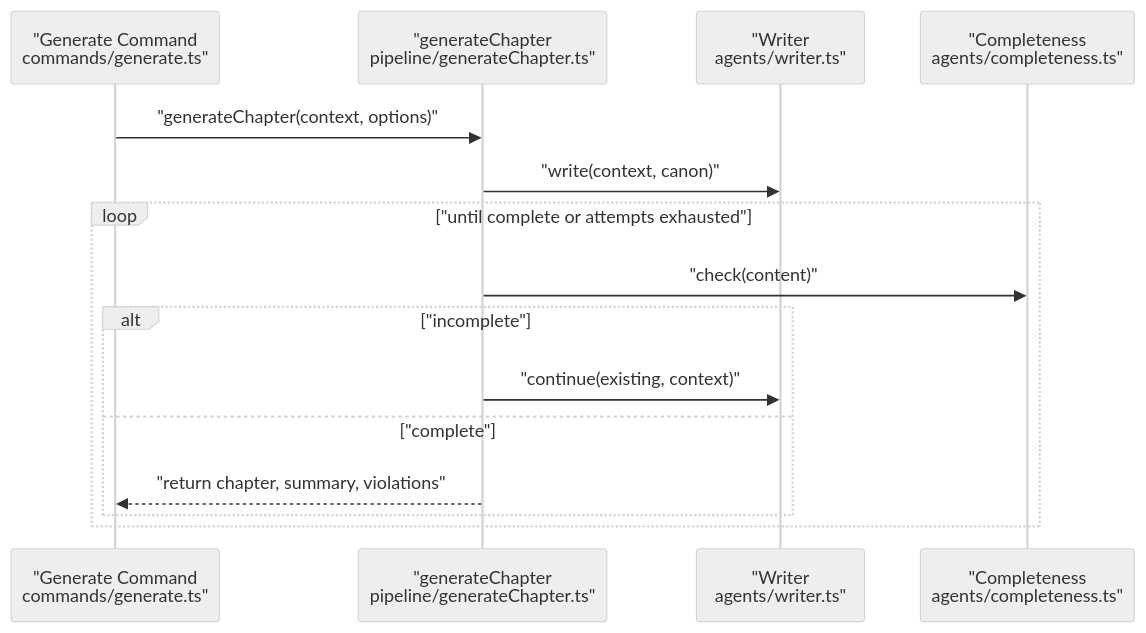
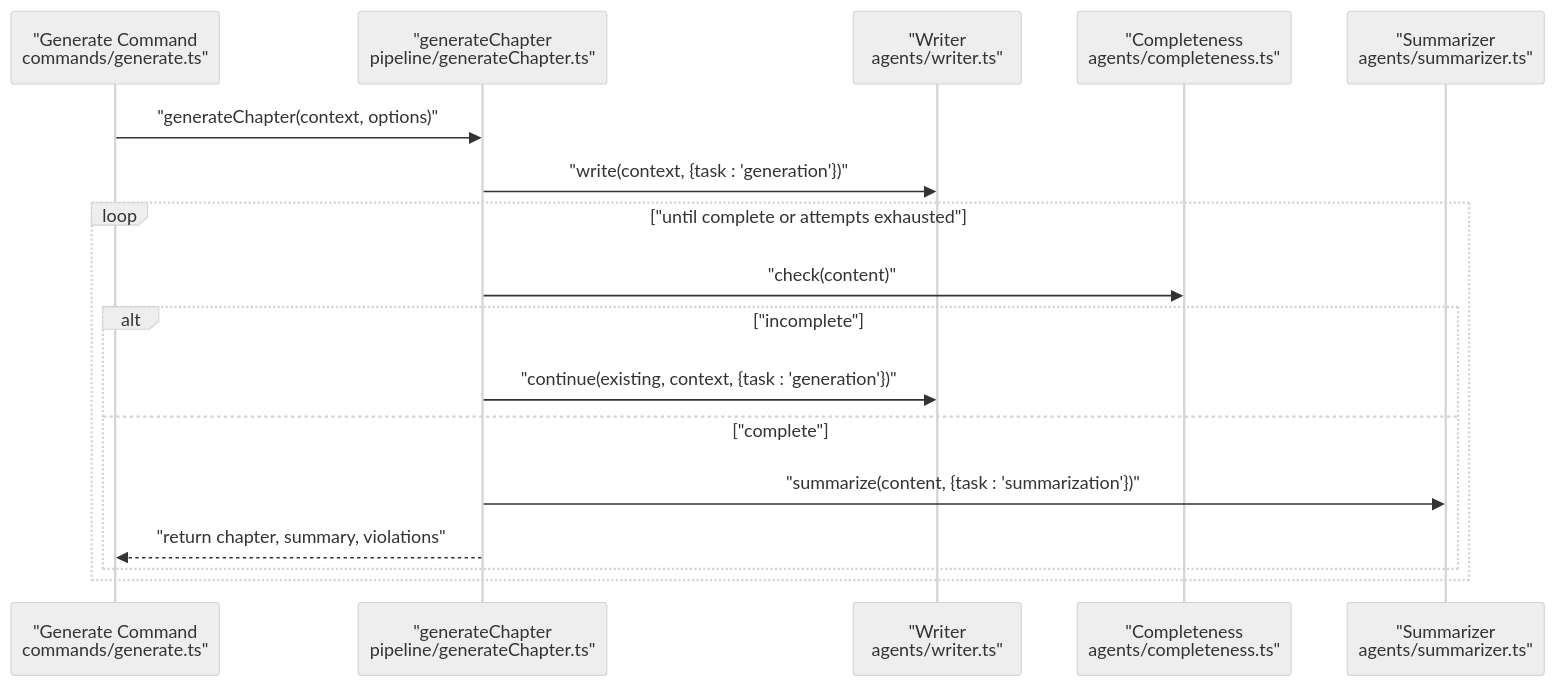
Before and after one commit to liwonder/NARRITIVE_OS: the fifth of 7 diagrams in .qoder/repowiki/en/content/Engine Architecture/LLM Integration Layer.md, drawn with Mermaid (neutral theme). The commit also changed other lines of this file and 5 other files, not shown here.

````diff
--- a/.qoder/repowiki/en/content/Engine Architecture/LLM Integration Layer.md
+++ b/.qoder/repowiki/en/content/Engine Architecture/LLM Integration Layer.md
@@ -239,17 +275,19 @@
 ```mermaid
 sequenceDiagram
 participant CLI as "Generate Command<br/>commands/generate.ts"
 participant Pipe as "generateChapter<br/>pipeline/generateChapter.ts"
 participant W as "Writer<br/>agents/writer.ts"
 participant C as "Completeness<br/>agents/completeness.ts"
+participant S as "Summarizer<br/>agents/summarizer.ts"
 CLI->>Pipe : "generateChapter(context, options)"
-Pipe->>W : "write(context, canon)"
+Pipe->>W : "write(context, {task : 'generation'})"
 loop "until complete or attempts exhausted"
 Pipe->>C : "check(content)"
 alt "incomplete"
-Pipe->>W : "continue(existing, context)"
+Pipe->>W : "continue(existing, context, {task : 'generation'})"
 else "complete"
+Pipe->>S : "summarize(content, {task : 'summarization'})"
 Pipe-->>CLI : "return chapter, summary, violations"
 end
 end
 ```
````
